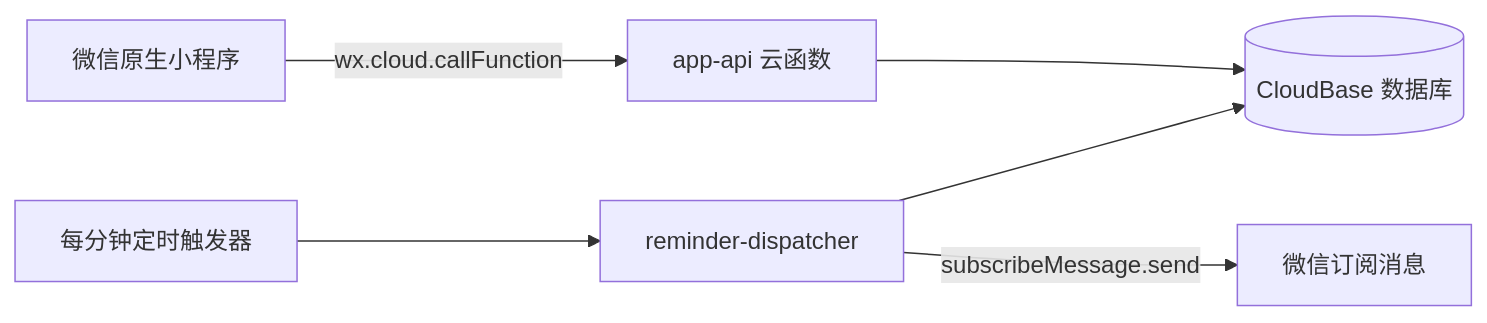
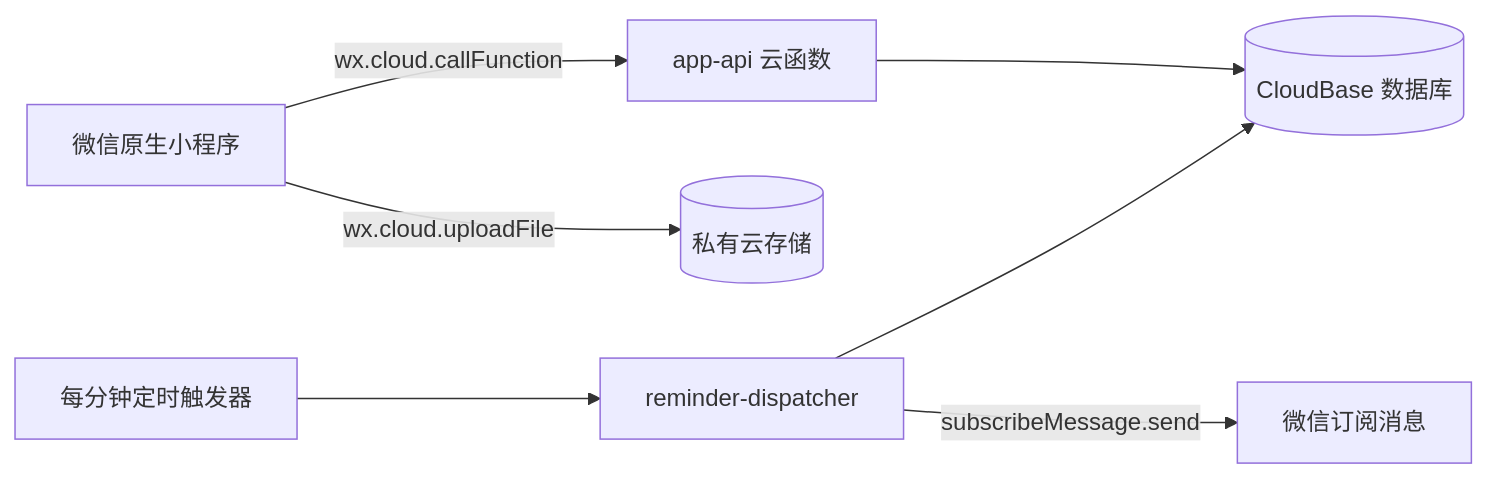
Before and after one commit to JoyceJin0913/CycleCue: the diagram in docs/v1/SPEC.md, drawn with Mermaid. The commit also changed other lines of this file and 29 other files, not shown here.

````diff
--- a/docs/v1/SPEC.md
+++ b/docs/v1/SPEC.md
@@ -472,8 +479,9 @@
 ```mermaid
 flowchart LR
     MP["微信原生小程序"] -->|"wx.cloud.callFunction"| API["app-api 云函数"]
     API --> DB[("CloudBase 数据库")]
+    MP -->|"wx.cloud.uploadFile"| STORAGE[("私有云存储")]
     TIMER["每分钟定时触发器"] --> DISP["reminder-dispatcher"]
     DISP --> DB
     DISP -->|"subscribeMessage.send"| WX["微信订阅消息"]
 ```
````
